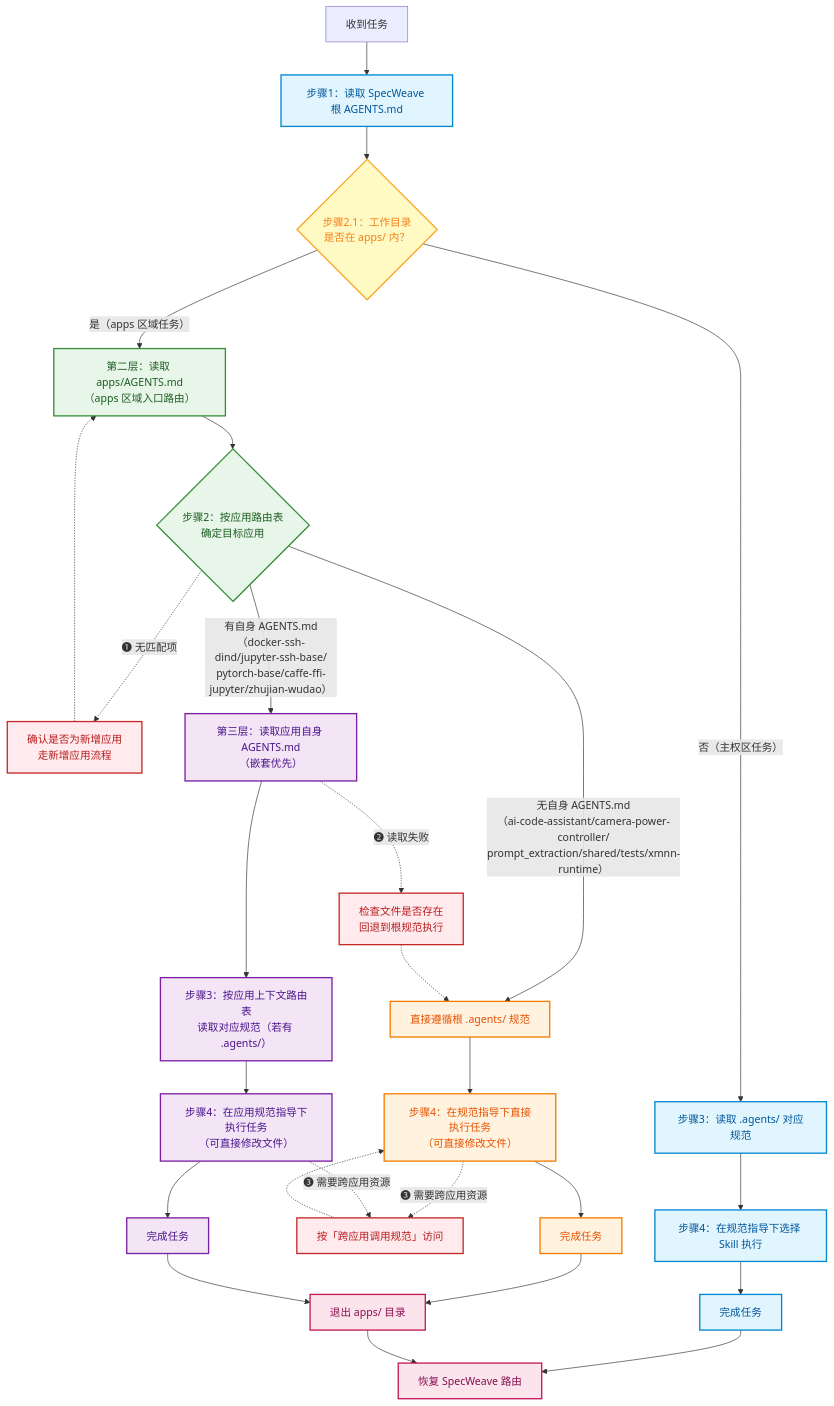
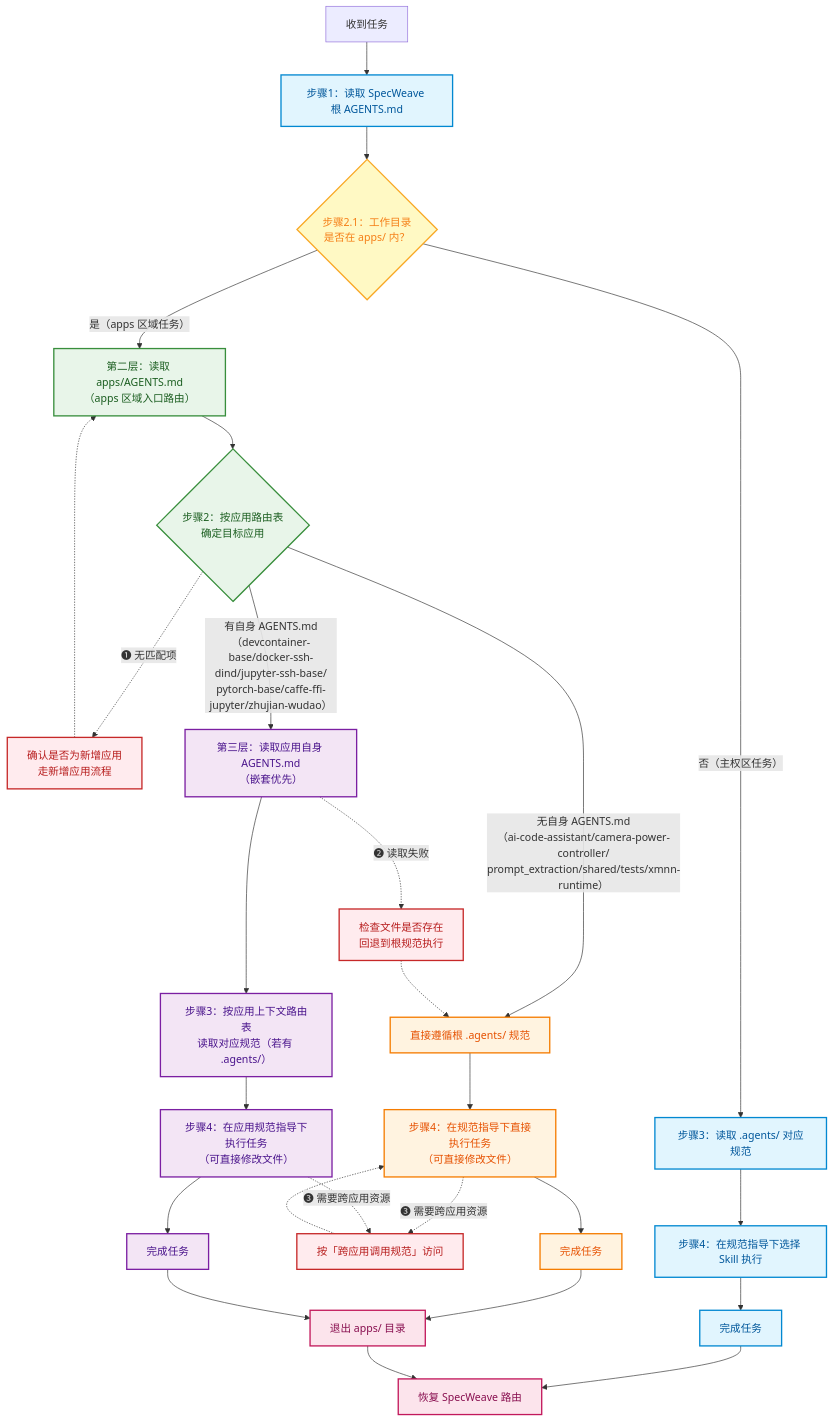
One commit to xinetzone/SpecWeave changed the diagram in apps/AGENTS.md. Above: the diagram before and after it, drawn with Mermaid. The commit also changed other lines of this file and 1 other file, not shown here.

````diff
--- a/apps/AGENTS.md
+++ b/apps/AGENTS.md
@@ -71,43 +73,43 @@
 ```mermaid
 flowchart TD
     Start["收到任务"] --> Step1["步骤1：读取 SpecWeave 根 AGENTS.md"]
     Step1 --> Step21{"步骤2.1：工作目录<br/>是否在 apps/ 内？"}
     Step21 -->|"否（主权区任务）"| Step3A["步骤3：读取 .agents/ 对应规范"]
     Step3A --> Step4A["步骤4：在规范指导下选择 Skill 执行"]
     Step4A --> Done1["完成任务"]
     Step21 -->|"是（apps 区域任务）"| Layer2["第二层：读取 apps/AGENTS.md<br/>（apps 区域入口路由）"]
     Layer2 --> SubApp{"步骤2：按应用路由表<br/>确定目标应用"}
     SubApp -.->|"❶ 无匹配项"| E1["确认是否为新增应用<br/>走新增应用流程"]
     E1 -.-> Layer2
-    SubApp -->|"有自身 AGENTS.md<br/>（docker-ssh-dind/jupyter-ssh-base/<br/>pytorch-base/caffe-ffi-jupyter/zhujian-wudao）"| Layer3["第三层：读取应用自身 AGENTS.md<br/>（嵌套优先）"]
+    SubApp -->|"有自身 AGENTS.md<br/>（devcontainer-base/docker-ssh-dind/jupyter-ssh-base/<br/>pytorch-base/caffe-ffi-jupyter/zhujian-wudao）"| Layer3["第三层：读取应用自身 AGENTS.md<br/>（嵌套优先）"]
     SubApp -->|"无自身 AGENTS.md<br/>（ai-code-assistant/camera-power-controller/<br/>prompt_extraction/shared/tests/xmnn-runtime）"| Direct["直接遵循根 .agents/ 规范"]
     Layer3 -.->|"❷ 读取失败"| E2["检查文件是否存在<br/>回退到根规范执行"]
     E2 -.-> Direct
     Layer3 --> Step3B["步骤3：按应用上下文路由表<br/>读取对应规范（若有 .agents/）"]
     Direct --> Step4B["步骤4：在规范指导下直接执行任务<br/>（可直接修改文件）"]
     Step3B --> Step4C["步骤4：在应用规范指导下执行任务<br/>（可直接修改文件）"]
     Step4B -.->|"❸ 需要跨应用资源"| E3["按「跨应用调用规范」访问"]
     Step4C -.->|"❸ 需要跨应用资源"| E3
     E3 -.-> Step4B
     Step4B --> Done2["完成任务"]
     Step4C --> Done3["完成任务"]
     Done2 --> Exit["退出 apps/ 目录"]
     Done3 --> Exit
     Done1 --> Restore["恢复 SpecWeave 路由"]
     Exit --> Restore
     %% 样式分层
     classDef specWeave fill:#e1f5fe,stroke:#0288d1,stroke-width:2px,color:#01579b
     classDef apps fill:#e8f5e9,stroke:#388e3c,stroke-width:2px,color:#1b5e20
     classDef appWithAgents fill:#f3e5f5,stroke:#7b1fa2,stroke-width:2px,color:#4a148c
     classDef appDirect fill:#fff3e0,stroke:#f57c00,stroke-width:2px,color:#e65100
     classDef exit fill:#fce4ec,stroke:#c2185b,stroke-width:2px,color:#880e4f
     classDef decision fill:#fff9c4,stroke:#f9a825,stroke-width:2px,color:#f57f17
     classDef error fill:#ffebee,stroke:#c62828,stroke-width:2px,color:#b71c1c
     class Step1,Step3A,Step4A,Done1 specWeave
     class Layer2,SubApp apps
     class Layer3,Step3B,Step4C,Done3 appWithAgents
     class Direct,Step4B,Done2 appDirect
     class Step21 decision
     class Exit,Restore exit
     class E1,E2,E3 error
 ```
````
